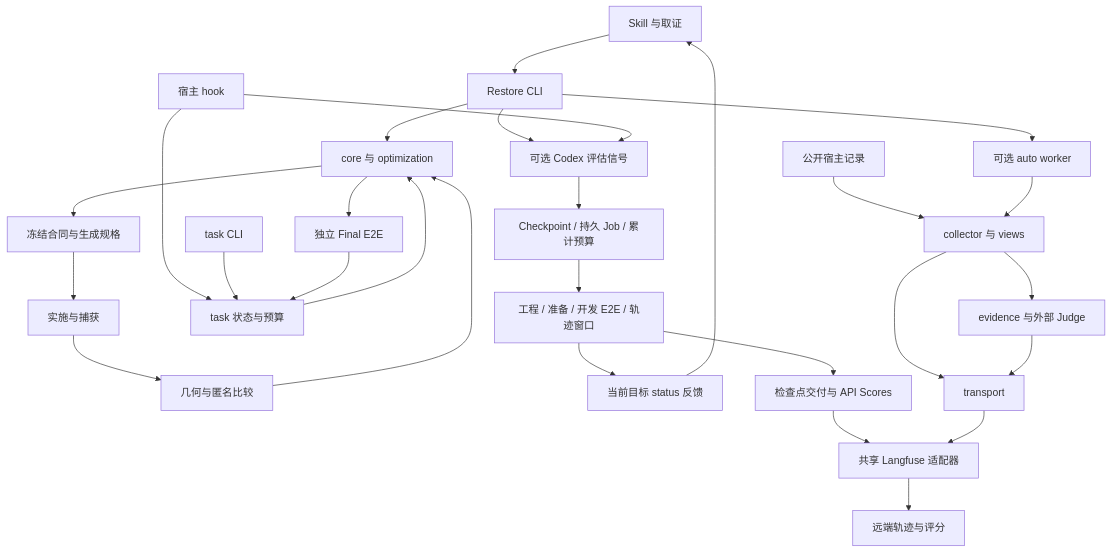
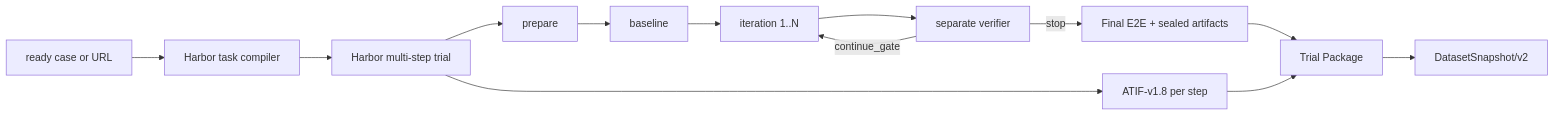
The diagram in docs/architecture.md (PlevanTem/ui-reverse-engineer), drawn with Mermaid before and after one commit. The commit also changed other lines of this file and 105 other files, not shown here.

Commit message:
Migrate Restore lifecycle and data contracts to Harbor

````diff
--- a/docs/architecture.md
+++ b/docs/architecture.md
@@ -49,30 +5,15 @@
 ```mermaid
-flowchart TD
-    S[Skill 与取证] --> C[Restore CLI]
-    C --> R[core 与 optimization]
-    R --> F[冻结合同与生成规格]
-    F --> B[实施与捕获]
-    B --> V[几何与匿名比较]
-    V --> R
-    R --> E[独立 Final E2E]
-    H[宿主 hook] --> T[task 状态与预算]
-    TC[task CLI] --> T
-    E --> T
-    T --> R
-    C --> K[可选 Codex 评估信号]
-    H --> K
-    K --> D[Checkpoint / 持久 Job / 累计预算]
-    D --> Q[工程 / 准备 / 开发 E2E / 轨迹窗口]
-    Q --> U[当前目标 status 反馈]
-    U --> S
-    Q --> Y[检查点交付与 API Scores]
-    Y --> L
-    C --> A[可选 auto worker]
-    J[公开宿主记录] --> O[collector 与 views]
-    A --> O
-    O --> P[evidence 与外部 Judge]
-    O --> X[transport]
-    P --> X
-    X --> L[共享 Langfuse 适配器]
-    L --> N[远端轨迹与评分]
+flowchart LR
+  A[ready case or URL] --> B[Harbor task compiler]
+  B --> C[Harbor multi-step trial]
+  C --> D[prepare]
+  D --> E[baseline]
+  E --> F[iteration 1..N]
+  F --> G[separate verifier]
+  G -->|continue_gate| F
+  G -->|stop| H[Final E2E + sealed artifacts]
+  C --> I[ATIF-v1.8 per step]
+  H --> J[Trial Package]
+  I --> J
+  J --> K[DatasetSnapshot/v2]
 ```
````
